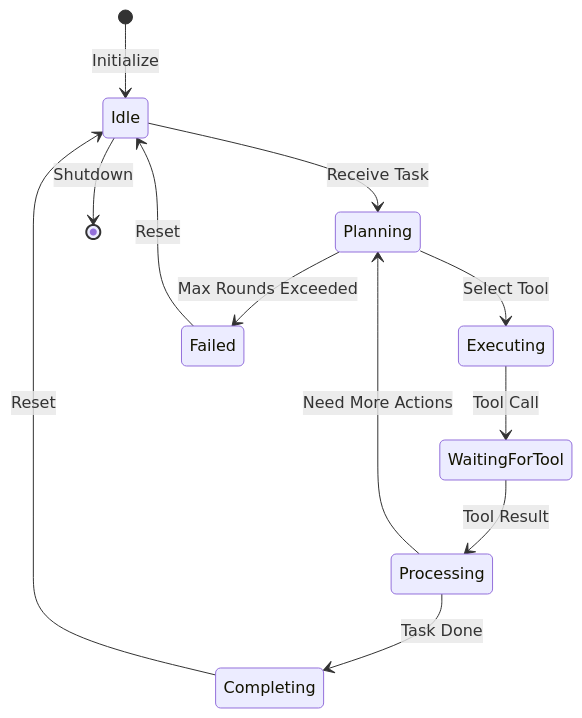
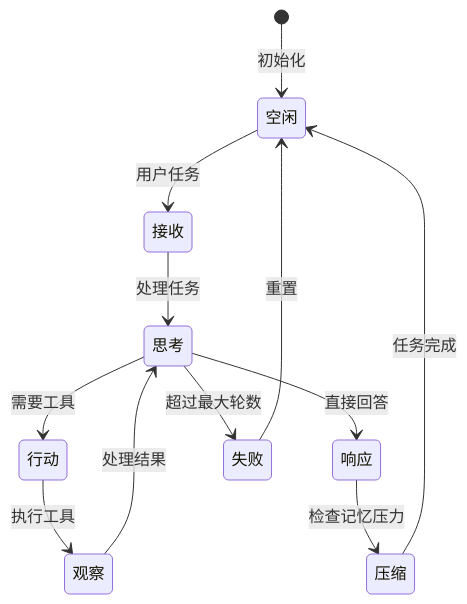
One commit to guci314/mda changed the sixth of 8 diagrams in pim-compiler/react_is_all_you_need/uml_model/interaction_diagram.md. Above: the diagram before and after it, drawn with Mermaid. The commit also changed other lines of this file and 42 other files, not shown here.

````diff
--- a/pim-compiler/react_is_all_you_need/uml_model/interaction_diagram.md
+++ b/pim-compiler/react_is_all_you_need/uml_model/interaction_diagram.md
@@ -353,14 +162,19 @@
 ```mermaid
 stateDiagram-v2
-    [*] --> Idle: Initialize
-    Idle --> Planning: Receive Task
-    Planning --> Executing: Select Tool
-    Executing --> WaitingForTool: Tool Call
-    WaitingForTool --> Processing: Tool Result
-    Processing --> Planning: Need More Actions
-    Processing --> Completing: Task Done
-    Completing --> Idle: Reset
-    Planning --> Failed: Max Rounds Exceeded
-    Failed --> Idle: Reset
-    Idle --> [*]: Shutdown
+    [*] --> 空闲: 初始化
+    
+    空闲 --> 接收: 用户任务
+    接收 --> 思考: 处理任务
+    
+    思考 --> 行动: 需要工具
+    思考 --> 响应: 直接回答
+    
+    行动 --> 观察: 执行工具
+    观察 --> 思考: 处理结果
+    
+    响应 --> 压缩: 检查记忆压力
+    压缩 --> 空闲: 任务完成
+    
+    思考 --> 失败: 超过最大轮数
+    失败 --> 空闲: 重置
 ```
````
